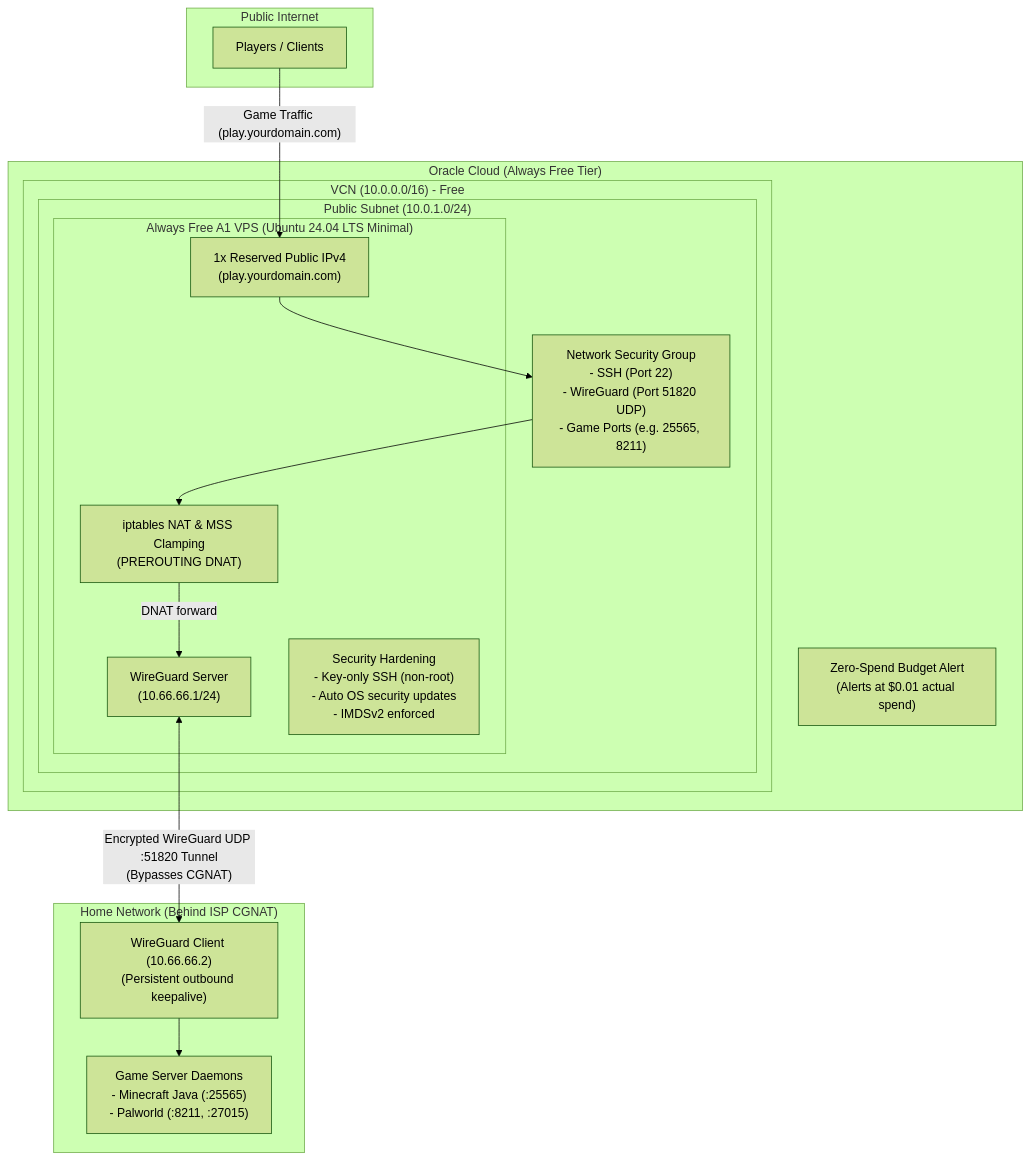
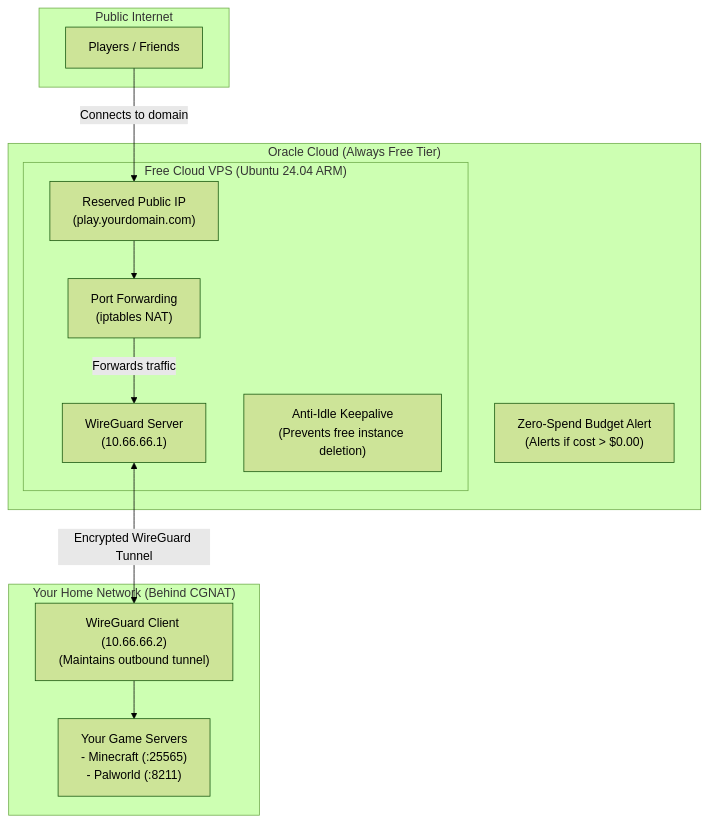
Before and after one commit to FranzTamani/free-vps-wireguard-relay: the diagram in README.md, drawn with Mermaid (forest theme). The commit also changed other lines of this file and 1 other file, not shown here.

Commit message:
docs: streamline README, add beginner walkthrough, and finalize free-vps-wireguard-relay name

````diff
--- a/README.md
+++ b/README.md
@@ -11,34 +18,27 @@
 ```mermaid
 flowchart TD
     subgraph Internet ["Public Internet"]
-        Players["Players / Clients"]
+        Players["Players / Friends"]
     end
 
     subgraph OCI ["Oracle Cloud (Always Free Tier)"]
-        subgraph VCN ["VCN (10.0.0.0/16) - Free"]
-            subgraph Subnet ["Public Subnet (10.0.1.0/24)"]
-                NSG["Network Security Group<br/>- SSH (Port 22)<br/>- WireGuard (Port 51820 UDP)<br/>- Game Ports (e.g. 25565, 8211)"]
-                
-                subgraph VPS ["Always Free A1 VPS (Ubuntu 24.04 LTS Minimal)"]
-                    PublicIP["1x Reserved Public IPv4<br/>(play.yourdomain.com)"]
-                    IPTables["iptables NAT & MSS Clamping<br/>(PREROUTING DNAT)"]
-                    WGServer["WireGuard Server<br/>(10.66.66.1/24)"]
-                    Hardening["Security Hardening<br/>- Key-only SSH (non-root)<br/>- Auto OS security updates<br/>- IMDSv2 enforced"]
-                end
-            end
+        subgraph VPS ["Free Cloud VPS (Ubuntu 24.04 ARM)"]
+            PublicIP["Reserved Public IP<br/>(play.yourdomain.com)"]
+            IPTables["Port Forwarding<br/>(iptables NAT)"]
+            WGServer["WireGuard Server<br/>(10.66.66.1)"]
+            AntiIdle["Anti-Idle Keepalive<br/>(Prevents free instance deletion)"]
         end
-        Budget["Zero-Spend Budget Alert<br/>(Alerts at $0.01 actual spend)"]
+        Budget["Zero-Spend Budget Alert<br/>(Alerts if cost > $0.00)"]
     end
 
-    subgraph Home ["Home Network (Behind ISP CGNAT)"]
-        WGPilot["WireGuard Client (10.66.66.2)<br/>(Persistent outbound keepalive)"]
-        GameServers["Game Server Daemons<br/>- Minecraft Java (:25565)<br/>- Palworld (:8211, :27015)"]
+    subgraph Home ["Your Home Network (Behind CGNAT)"]
+        WGPilot["WireGuard Client (10.66.66.2)<br/>(Maintains outbound tunnel)"]
+        GameServers["Your Game Servers<br/>- Minecraft (:25565)<br/>- Palworld (:8211)"]
     end
 
-    Players -->|"Game Traffic (play.yourdomain.com)"| PublicIP
-    PublicIP --> NSG
-    NSG --> IPTables
-    IPTables -->|"DNAT forward"| WGServer
-    WGServer <-->|"Encrypted WireGuard UDP :51820 Tunnel<br/>(Bypasses CGNAT)"| WGPilot
+    Players -->|"Connects to domain"| PublicIP
+    PublicIP --> IPTables
+    IPTables -->|"Forwards traffic"| WGServer
+    WGServer <-->|"Encrypted WireGuard Tunnel"| WGPilot
     WGPilot --> GameServers
 ```
````
